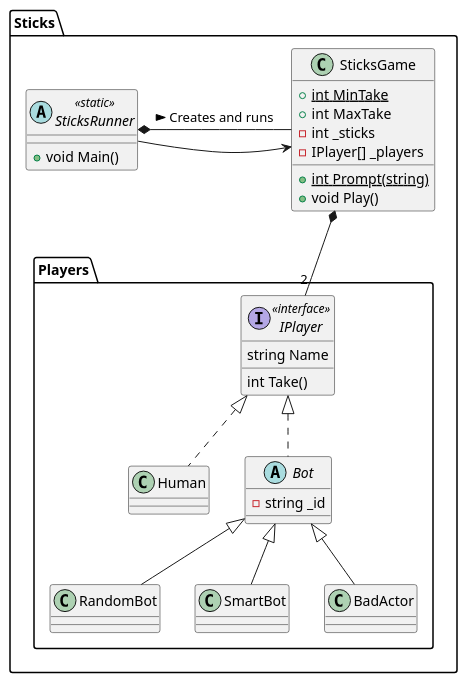
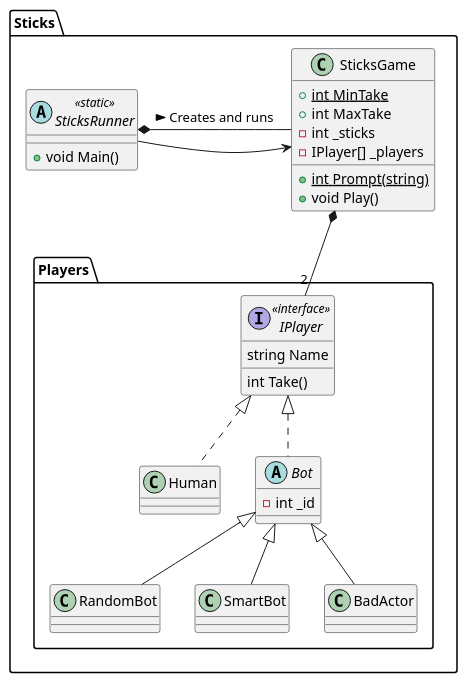
One commit to icode-cypress-instructors/sticks changed the diagram in Sticks/Architecture.puml. Above: the diagram before and after it, drawn with PlantUML.

Commit message:
Fix _id type in diagram

```diff
--- a/Sticks/Architecture.puml
+++ b/Sticks/Architecture.puml
@@ -1,46 +1,46 @@
 @startuml
 'https://plantuml.com/class-diagram
 
 package "Sticks" {
 
     abstract class SticksRunner <<static>> {
         + void Main()
     }
 '    note left: Is responsible for getting MaxTake\nand the initial stick count from the player.
 
     class SticksGame {
         {static} + int MinTake
         + int MaxTake
         - int _sticks
         - IPlayer[] _players
         + {static} int Prompt(string)
         + void Play()
     }
 
     package "Sticks.Players" {
         interface IPlayer <<interface>> {
             string Name
             int Take()
         }
 
         class Human
         abstract class Bot {
-            -string _id
+            -int _id
         }
 
         class RandomBot
         class SmartBot
         class BadActor
     }
 
     SticksRunner *- SticksGame : Creates and runs >
     SticksRunner -> SticksGame : ""
     SticksGame *-- "2" IPlayer
     IPlayer <|.- Human
     IPlayer <|.- Bot
     Bot <|-- RandomBot
     Bot <|-- SmartBot
     Bot <|-- BadActor
 
 }
 @enduml
```
